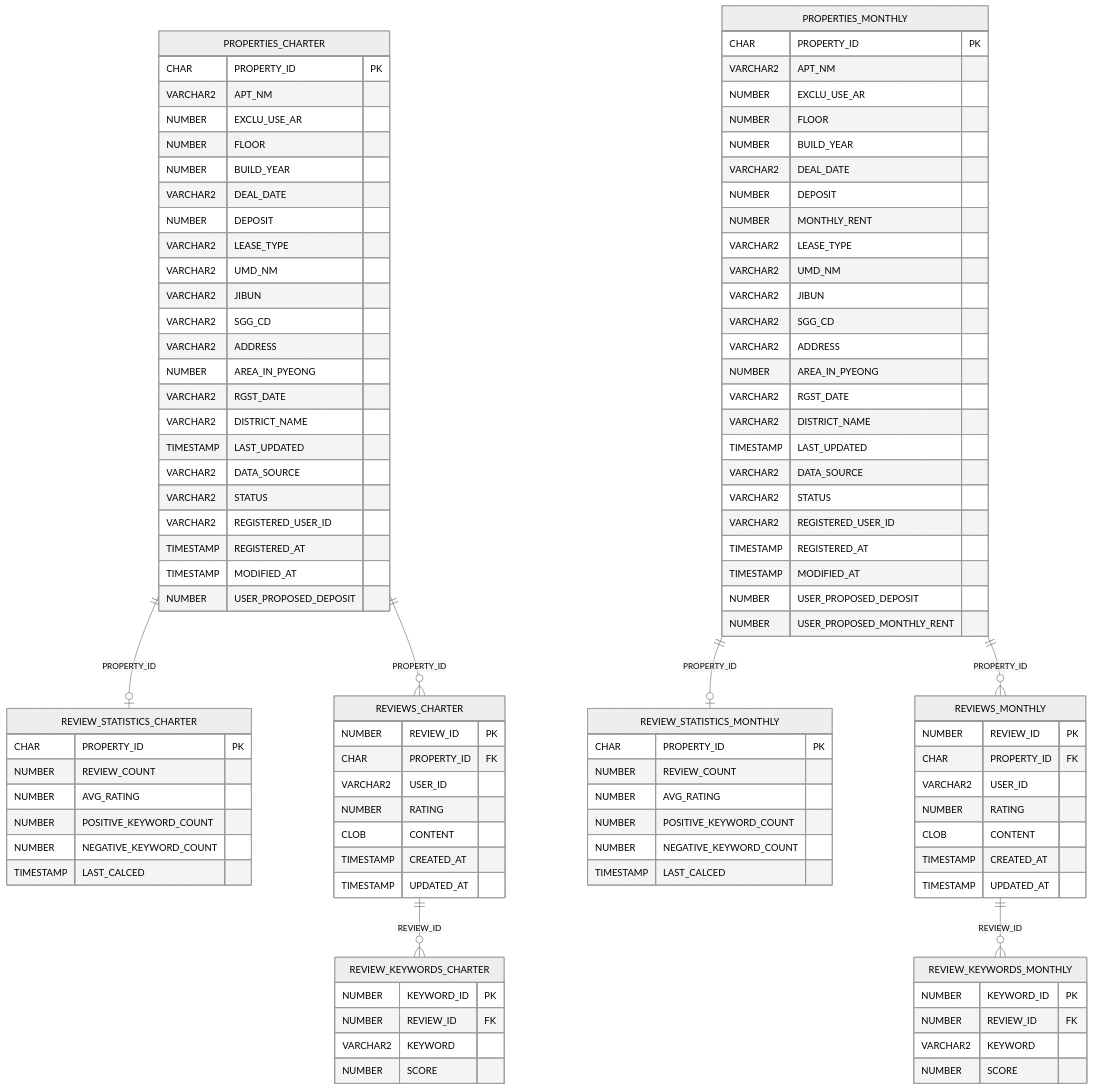
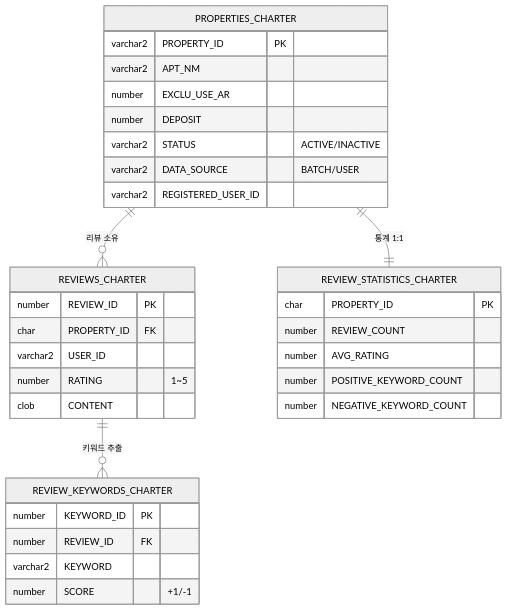
Before and after one commit to bumjinDev/wherehouse_SpringBoot: the third of 4 diagrams in README.md, drawn with Mermaid (neutral theme). The commit also changed other lines of this file, not shown here.

````diff
--- a/README.md
+++ b/README.md
@@ -336,106 +321,36 @@
 ```mermaid
 erDiagram
-    PROPERTIES_CHARTER ||--o| REVIEW_STATISTICS_CHARTER : PROPERTY_ID
-    PROPERTIES_CHARTER ||--o{ REVIEWS_CHARTER           : PROPERTY_ID
-    REVIEWS_CHARTER    ||--o{ REVIEW_KEYWORDS_CHARTER   : REVIEW_ID
-    PROPERTIES_MONTHLY ||--o| REVIEW_STATISTICS_MONTHLY : PROPERTY_ID
-    PROPERTIES_MONTHLY ||--o{ REVIEWS_MONTHLY           : PROPERTY_ID
-    REVIEWS_MONTHLY    ||--o{ REVIEW_KEYWORDS_MONTHLY   : REVIEW_ID
+    PROPERTIES_CHARTER ||--o{ REVIEWS_CHARTER : "리뷰 소유"
+    PROPERTIES_CHARTER ||--|| REVIEW_STATISTICS_CHARTER : "통계 1:1"
+    REVIEWS_CHARTER ||--o{ REVIEW_KEYWORDS_CHARTER : "키워드 추출"
 
     PROPERTIES_CHARTER {
-        CHAR      PROPERTY_ID           PK
-        VARCHAR2  APT_NM
-        NUMBER    EXCLU_USE_AR
-        NUMBER    FLOOR
-        NUMBER    BUILD_YEAR
-        VARCHAR2  DEAL_DATE
-        NUMBER    DEPOSIT
-        VARCHAR2  LEASE_TYPE
-        VARCHAR2  UMD_NM
-        VARCHAR2  JIBUN
-        VARCHAR2  SGG_CD
-        VARCHAR2  ADDRESS
-        NUMBER    AREA_IN_PYEONG
-        VARCHAR2  RGST_DATE
-        VARCHAR2  DISTRICT_NAME
-        TIMESTAMP LAST_UPDATED
-        VARCHAR2  DATA_SOURCE
-        VARCHAR2  STATUS
-        VARCHAR2  REGISTERED_USER_ID
-        TIMESTAMP REGISTERED_AT
-        TIMESTAMP MODIFIED_AT
-        NUMBER    USER_PROPOSED_DEPOSIT
-    }
-    PROPERTIES_MONTHLY {
-        CHAR      PROPERTY_ID           PK
-        VARCHAR2  APT_NM
-        NUMBER    EXCLU_USE_AR
-        NUMBER    FLOOR
-        NUMBER    BUILD_YEAR
-        VARCHAR2  DEAL_DATE
-        NUMBER    DEPOSIT
-        NUMBER    MONTHLY_RENT
-        VARCHAR2  LEASE_TYPE
-        VARCHAR2  UMD_NM
-        VARCHAR2  JIBUN
-        VARCHAR2  SGG_CD
-        VARCHAR2  ADDRESS
-        NUMBER    AREA_IN_PYEONG
-        VARCHAR2  RGST_DATE
-        VARCHAR2  DISTRICT_NAME
-        TIMESTAMP LAST_UPDATED
-        VARCHAR2  DATA_SOURCE
-        VARCHAR2  STATUS
-        VARCHAR2  REGISTERED_USER_ID
-        TIMESTAMP REGISTERED_AT
-        TIMESTAMP MODIFIED_AT
-        NUMBER    USER_PROPOSED_DEPOSIT
-        NUMBER    USER_PROPOSED_MONTHLY_RENT
+        varchar2 PROPERTY_ID PK
+        varchar2 APT_NM
+        number EXCLU_USE_AR
+        number DEPOSIT
+        varchar2 STATUS "ACTIVE/INACTIVE"
+        varchar2 DATA_SOURCE "BATCH/USER"
+        varchar2 REGISTERED_USER_ID
     }
     REVIEWS_CHARTER {
-        NUMBER    REVIEW_ID    PK
-        CHAR      PROPERTY_ID  FK
-        VARCHAR2  USER_ID
-        NUMBER    RATING
-        CLOB      CONTENT
-        TIMESTAMP CREATED_AT
-        TIMESTAMP UPDATED_AT
-    }
-    REVIEWS_MONTHLY {
-        NUMBER    REVIEW_ID    PK
-        CHAR      PROPERTY_ID  FK
-        VARCHAR2  USER_ID
-        NUMBER    RATING
-        CLOB      CONTENT
-        TIMESTAMP CREATED_AT
-        TIMESTAMP UPDATED_AT
+        number REVIEW_ID PK
+        char PROPERTY_ID FK
+        varchar2 USER_ID
+        number RATING "1~5"
+        clob CONTENT
     }
     REVIEW_STATISTICS_CHARTER {
-        CHAR      PROPERTY_ID            PK
-        NUMBER    REVIEW_COUNT
-        NUMBER    AVG_RATING
-        NUMBER    POSITIVE_KEYWORD_COUNT
-        NUMBER    NEGATIVE_KEYWORD_COUNT
-        TIMESTAMP LAST_CALCED
-    }
-    REVIEW_STATISTICS_MONTHLY {
-        CHAR      PROPERTY_ID            PK
-        NUMBER    REVIEW_COUNT
-        NUMBER    AVG_RATING
-        NUMBER    POSITIVE_KEYWORD_COUNT
-        NUMBER    NEGATIVE_KEYWORD_COUNT
-        TIMESTAMP LAST_CALCED
+        char PROPERTY_ID PK
+        number REVIEW_COUNT
+        number AVG_RATING
+        number POSITIVE_KEYWORD_COUNT
+        number NEGATIVE_KEYWORD_COUNT
     }
     REVIEW_KEYWORDS_CHARTER {
-        NUMBER    KEYWORD_ID  PK
-        NUMBER    REVIEW_ID   FK
-        VARCHAR2  KEYWORD
-        NUMBER    SCORE
-    }
-    REVIEW_KEYWORDS_MONTHLY {
-        NUMBER    KEYWORD_ID  PK
-        NUMBER    REVIEW_ID   FK
-        VARCHAR2  KEYWORD
-        NUMBER    SCORE
+        number KEYWORD_ID PK
+        number REVIEW_ID FK
+        varchar2 KEYWORD
+        number SCORE "+1/-1"
     }
 ```
````
